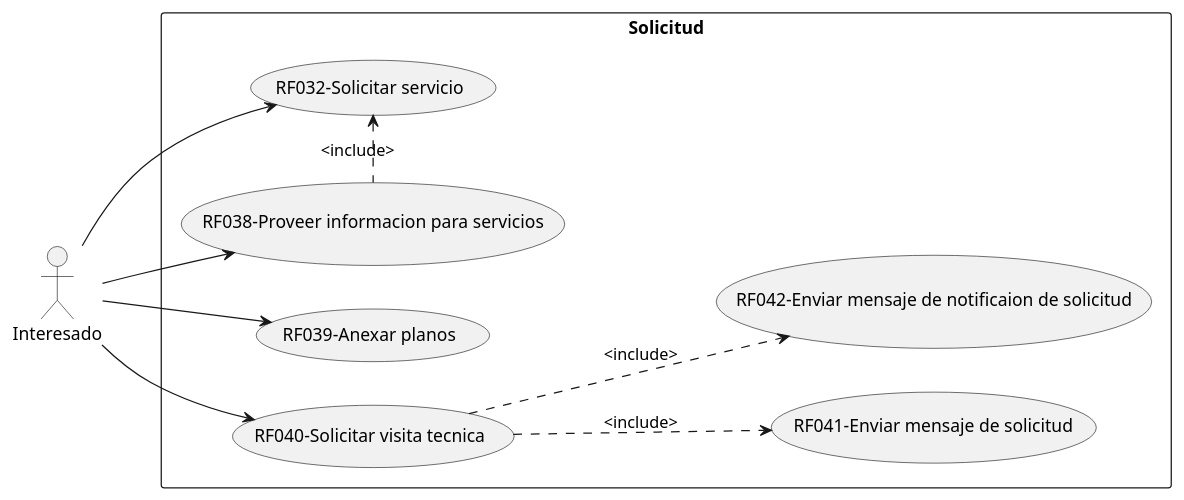
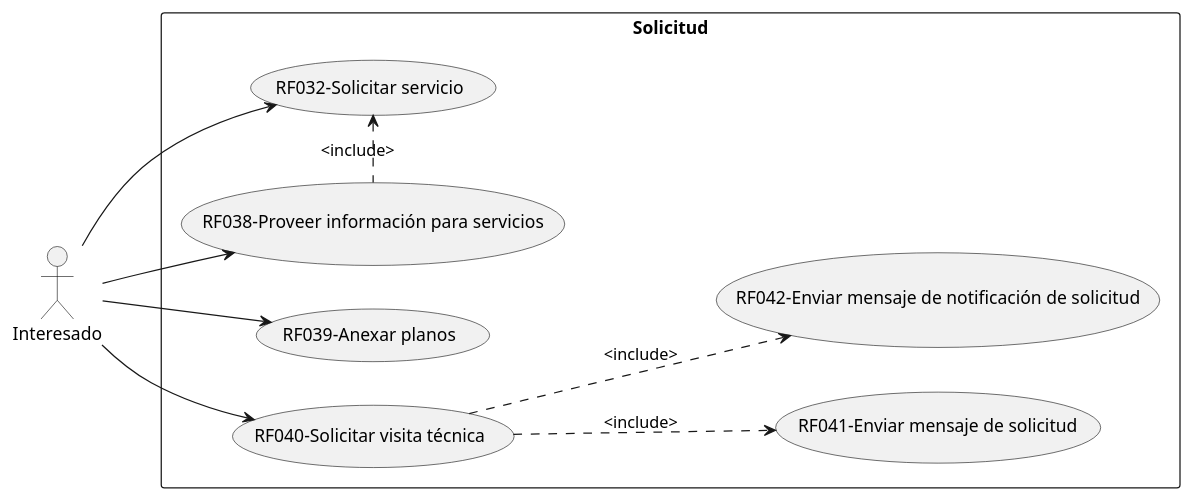
The diagram in CasosDeUso/metalK_cdu_solicitud.puml (Los-Waza/MetalK_Documentation), drawn with PlantUML before and after one commit. The commit also changed 5 other files, not shown here.

```diff
--- a/CasosDeUso/metalK_cdu_solicitud.puml
+++ b/CasosDeUso/metalK_cdu_solicitud.puml
@@ -1,22 +1,22 @@
 @startuml MetalK_UseCase_Catogories
     left to right direction
 
     actor Interesado as i
 
     rectangle Solicitud{
         usecase "RF032-Solicitar servicio" as RF032
-        usecase "RF038-Proveer informacion para servicios" as RF038
+        usecase "RF038-Proveer información para servicios" as RF038
         usecase "RF039-Anexar planos" as RF039
-        usecase "RF040-Solicitar visita tecnica" as RF040
+        usecase "RF040-Solicitar visita técnica" as RF040
         usecase "RF041-Enviar mensaje de solicitud" as RF041
-        usecase "RF042-Enviar mensaje de notificaion de solicitud" as RF042
+        usecase "RF042-Enviar mensaje de notificación de solicitud" as RF042
     }
 
     i --> RF032
     i --> RF038
     i --> RF039
     i --> RF040
     RF038 .left.> RF032:<include>
     RF040 ..> RF041:<include>
     RF040 ..> RF042:<include>
 @enduml
```
